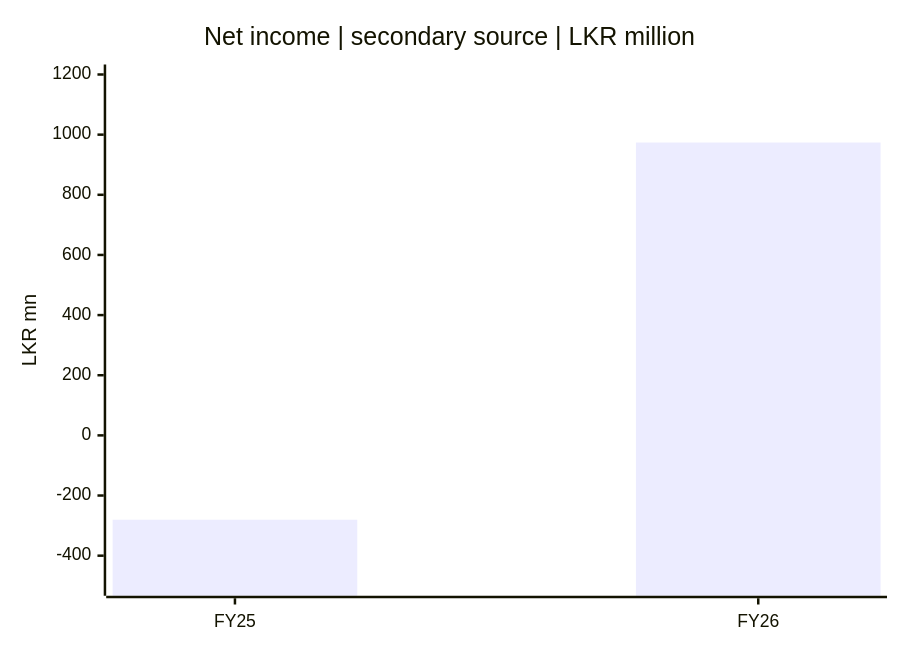
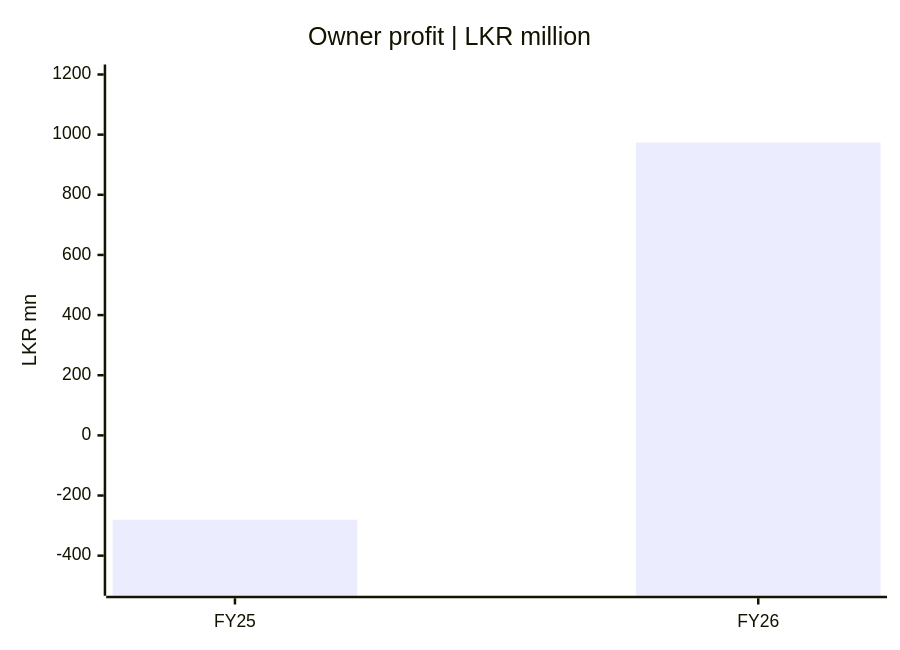
Before and after one commit to Gajarthan/SCAP-N0000-Research: the second of 4 diagrams in si/reports/financial-pulse.md, drawn with Mermaid. The commit also changed other lines of this file and 5 other files, not shown here.

Commit message:
research: reconcile FY25-FY26 SCAP financial charts and snapshots against original CSE interim statements in EN/TA/SI

````diff
--- a/si/reports/financial-pulse.md
+++ b/si/reports/financial-pulse.md
@@ -23,7 +23,7 @@
 ```mermaid
 xychart-beta
-  title "Net income | secondary source | LKR million"
+  title "Owner profit | LKR million"
   x-axis ["FY25", "FY26"]
   y-axis "LKR mn" -500 --> 1200
   bar [-280.42, 973.77]
 ```
````
